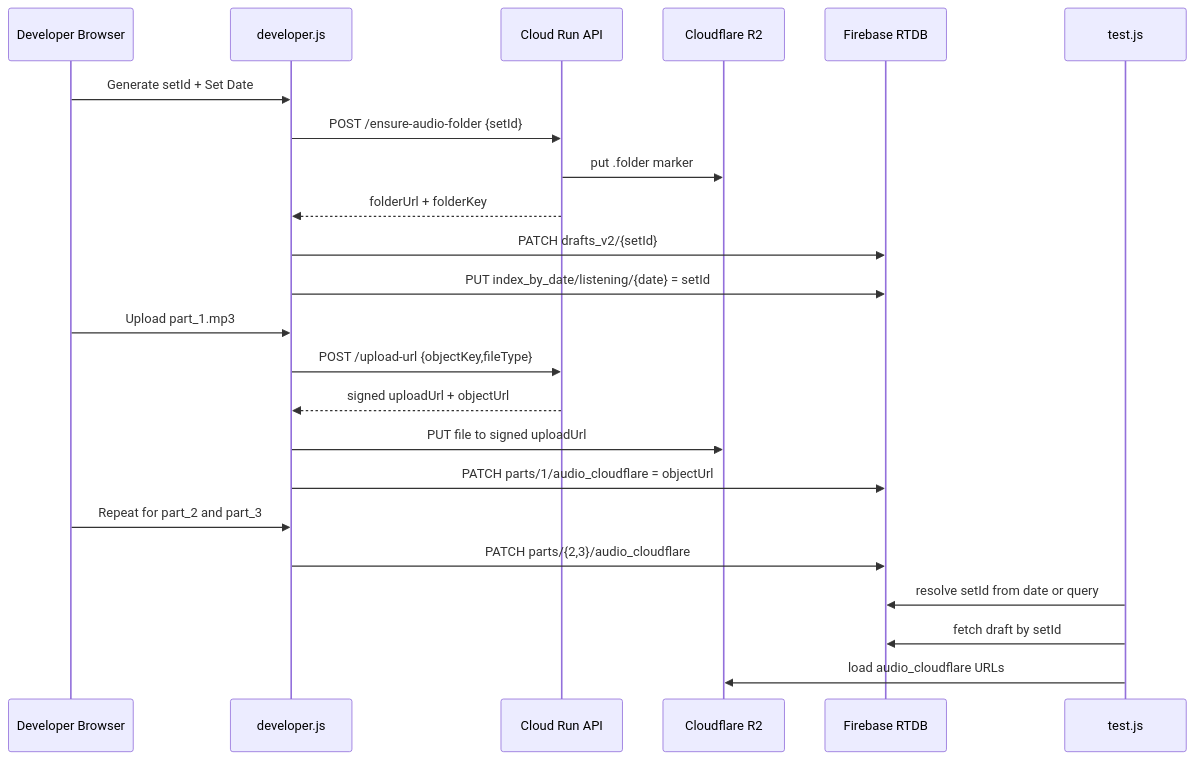
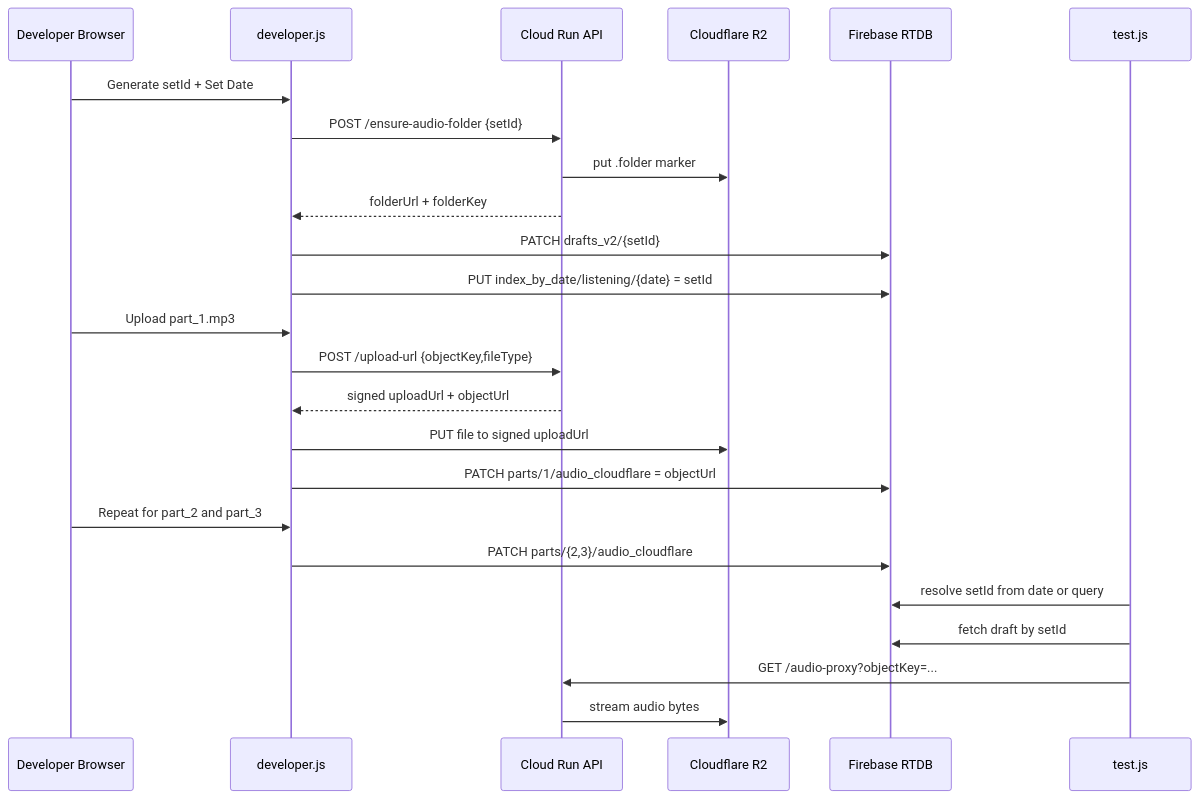
Before and after one commit to icha211/testaudio: the diagram in AUDIO_UPLOAD_SYSTEM.md, drawn with Mermaid. The commit also changed other lines of this file and 3 other files, not shown here.

Commit message:
Add audio proxy playback route

````diff
--- a/AUDIO_UPLOAD_SYSTEM.md
+++ b/AUDIO_UPLOAD_SYSTEM.md
@@ -187,29 +191,30 @@
 ```mermaid
 sequenceDiagram
   participant Dev as Developer Browser
   participant FE as developer.js
   participant API as Cloud Run API
   participant R2 as Cloudflare R2
   participant DB as Firebase RTDB
   participant Test as test.js
 
   Dev->>FE: Generate setId + Set Date
   FE->>API: POST /ensure-audio-folder {setId}
   API->>R2: put .folder marker
   API-->>FE: folderUrl + folderKey
   FE->>DB: PATCH drafts_v2/{setId}
   FE->>DB: PUT index_by_date/listening/{date} = setId
 
   Dev->>FE: Upload part_1.mp3
   FE->>API: POST /upload-url {objectKey,fileType}
   API-->>FE: signed uploadUrl + objectUrl
   FE->>R2: PUT file to signed uploadUrl
   FE->>DB: PATCH parts/1/audio_cloudflare = objectUrl
 
   Dev->>FE: Repeat for part_2 and part_3
   FE->>DB: PATCH parts/{2,3}/audio_cloudflare
 
   Test->>DB: resolve setId from date or query
   Test->>DB: fetch draft by setId
-  Test->>R2: load audio_cloudflare URLs
+  Test->>API: GET /audio-proxy?objectKey=...
+  API->>R2: stream audio bytes
 ```
````
